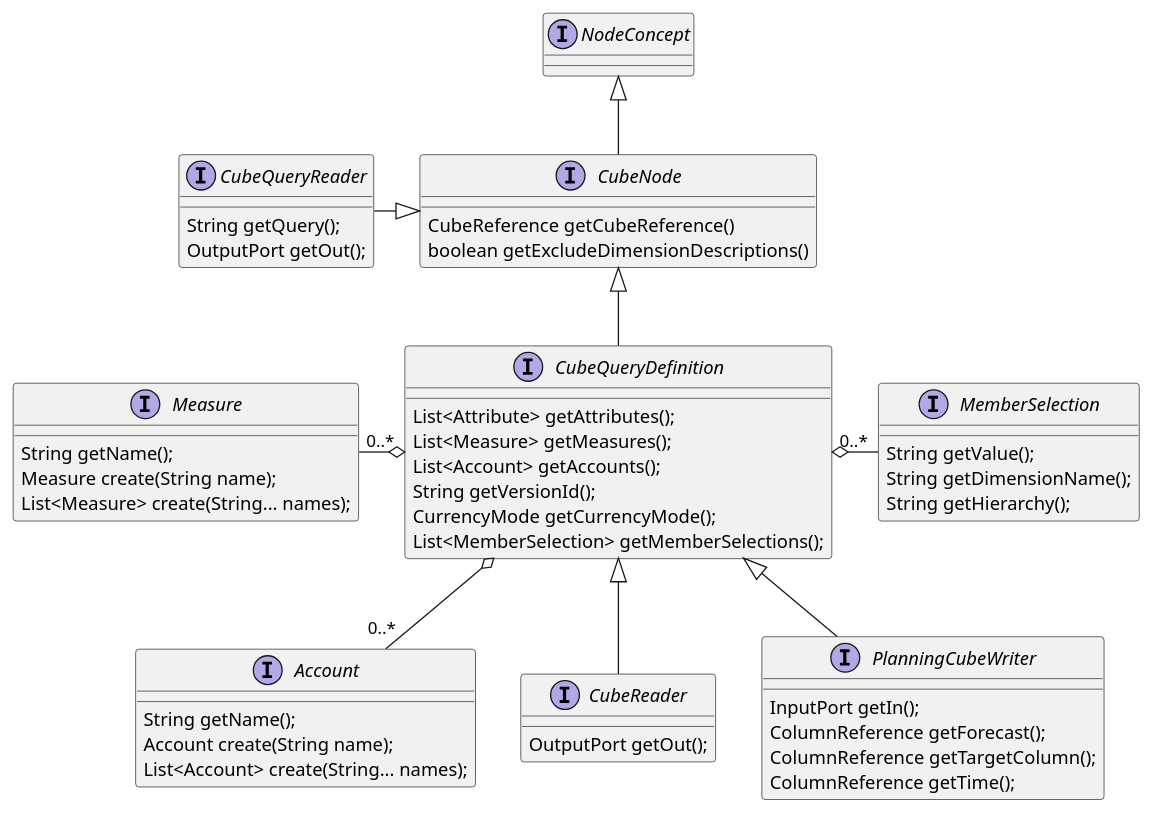
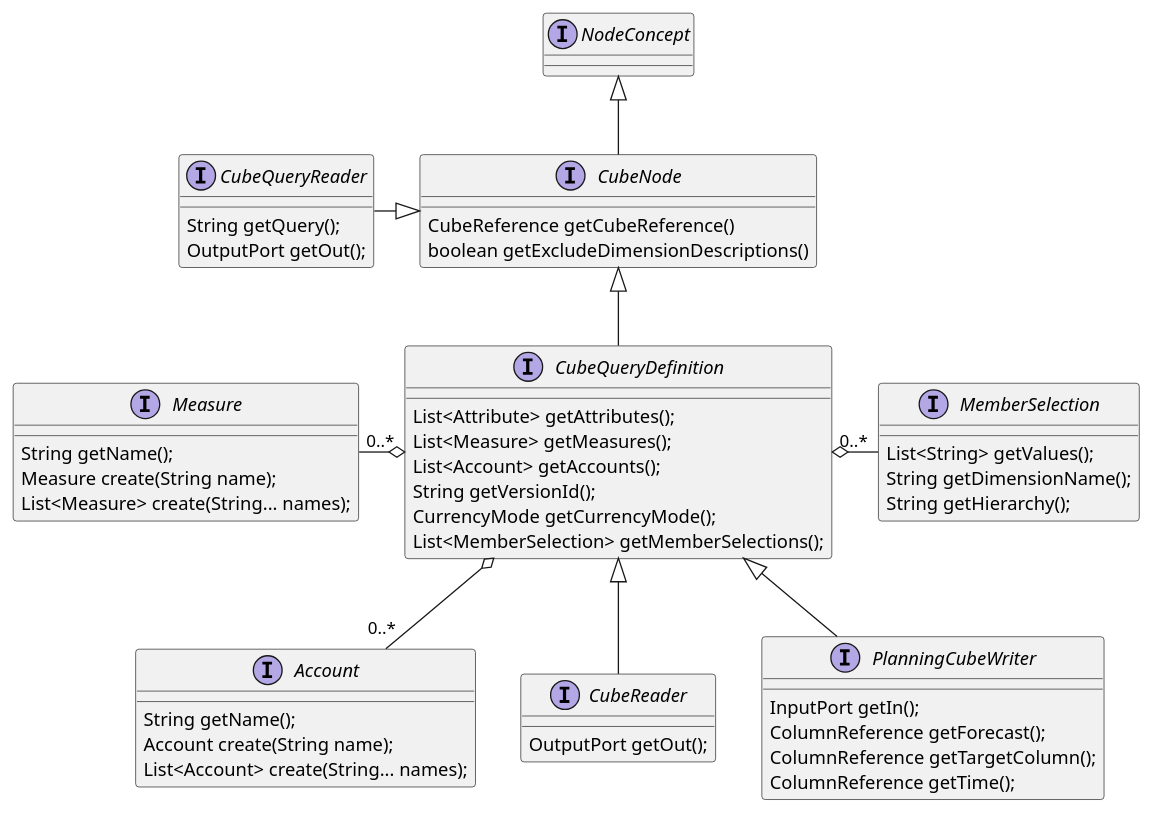
Before and after one commit to loutfinadir/uml: the diagram in pipeline-v3.wsd, drawn with PlantUML. The commit also changed 1 other file, not shown here.

```diff
--- a/pipeline-v3.wsd
+++ b/pipeline-v3.wsd
@@ -1,62 +1,62 @@
 @startuml
 
 interface NodeConcept
 
 interface CubeNode extends NodeConcept {
     CubeReference getCubeReference()
     boolean getExcludeDimensionDescriptions()
 }
 
 interface Account {
     String getName();
     Account create(String name);
     List<Account> create(String... names);
 }
 
 interface Measure {
     String getName();
     Measure create(String name);
     List<Measure> create(String... names);
 }
 
 interface CubeQueryDefinition extends CubeNode {
     List<Attribute> getAttributes();
     List<Measure> getMeasures();
     List<Account> getAccounts();
     String getVersionId();
     CurrencyMode getCurrencyMode();
     List<MemberSelection> getMemberSelections();
 }
 
 
 interface CubeReader extends CubeQueryDefinition {
     OutputPort getOut();
 }
 
 interface PlanningCubeWriter extends CubeQueryDefinition {
 
     InputPort getIn();
     ColumnReference getForecast();
     ColumnReference getTargetColumn();
     ColumnReference getTime();
 }
 
 interface CubeQueryReader{
     String getQuery();
    OutputPort getOut();
 }
 
 interface MemberSelection {
 
-	String getValue();
+	List<String> getValues();
 	
 	String getDimensionName();
 	String getHierarchy();
 }
 
 CubeQueryDefinition o-left- "0..*" Measure
 CubeQueryDefinition o-down- "0..*" Account
 CubeQueryDefinition o-right- "0..*" MemberSelection
 
 CubeQueryReader -|> CubeNode
 @enduml
```
